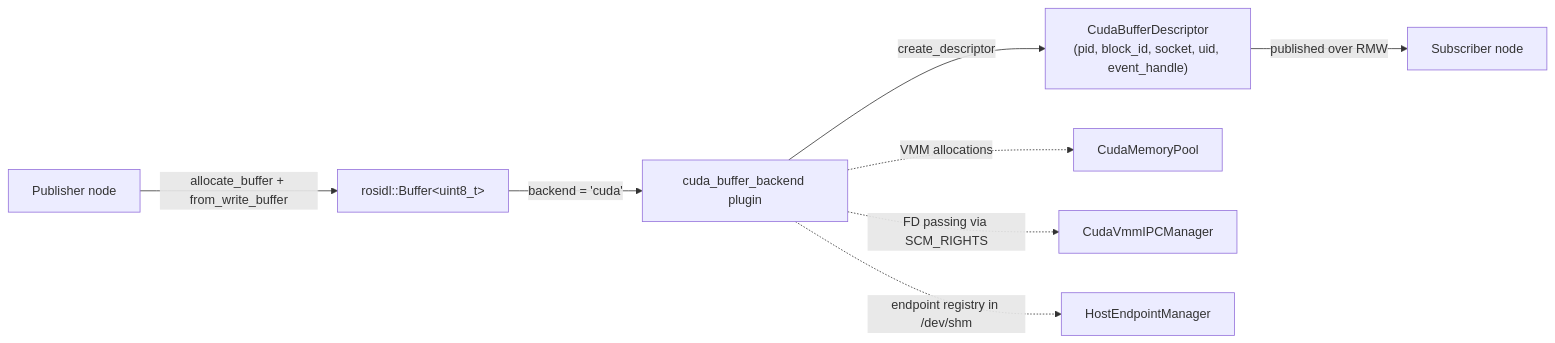
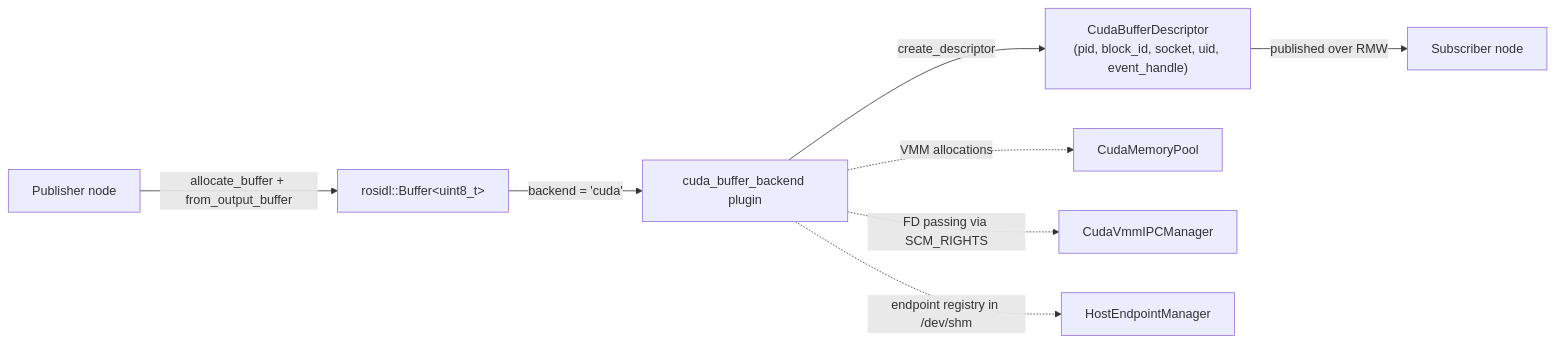
Before and after one commit to ayusmans/rosidl_buffer_backends: the first of 3 diagrams in docs/cuda_buffer_backend_design.md, drawn with Mermaid. The commit also changed 8 other files, not shown here.

````diff
--- a/docs/cuda_buffer_backend_design.md
+++ b/docs/cuda_buffer_backend_design.md
@@ -17,13 +17,13 @@
 ```mermaid
 flowchart LR
   Pub["Publisher node"]
   Sub["Subscriber node"]
 
-  Pub -->|"allocate_buffer + from_write_buffer"| Buffer["rosidl::Buffer&lt;uint8_t&gt;"]
+  Pub -->|"allocate_buffer + from_output_buffer"| Buffer["rosidl::Buffer&lt;uint8_t&gt;"]
   Buffer -->|"backend = 'cuda'"| Plugin[cuda_buffer_backend plugin]
   Plugin -->|"create_descriptor"| Descriptor["CudaBufferDescriptor<br/>(pid, block_id, socket, uid, event_handle)"]
   Descriptor -->|"published over RMW"| Sub
   Plugin -.->|"VMM allocations"| Pool[CudaMemoryPool]
   Plugin -.->|"FD passing via SCM_RIGHTS"| IPC[CudaVmmIPCManager]
   Plugin -.->|"endpoint registry in /dev/shm"| HEM[HostEndpointManager]
 ```
````
